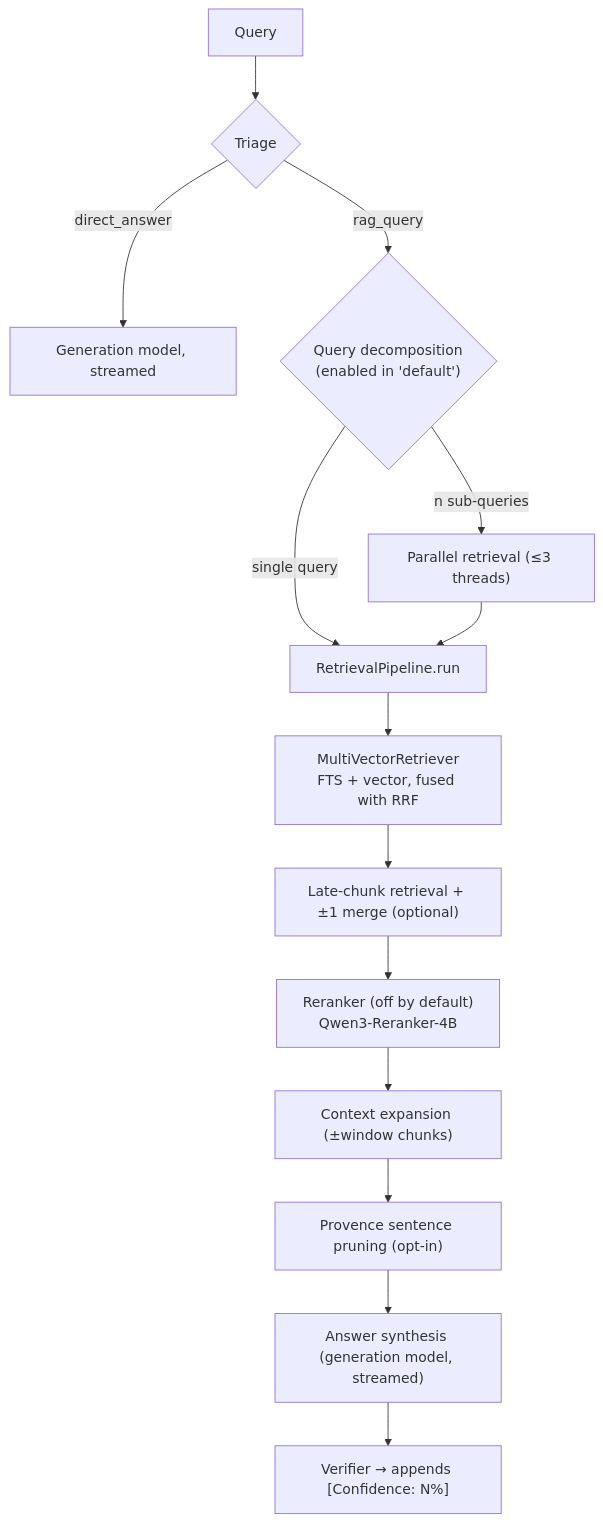
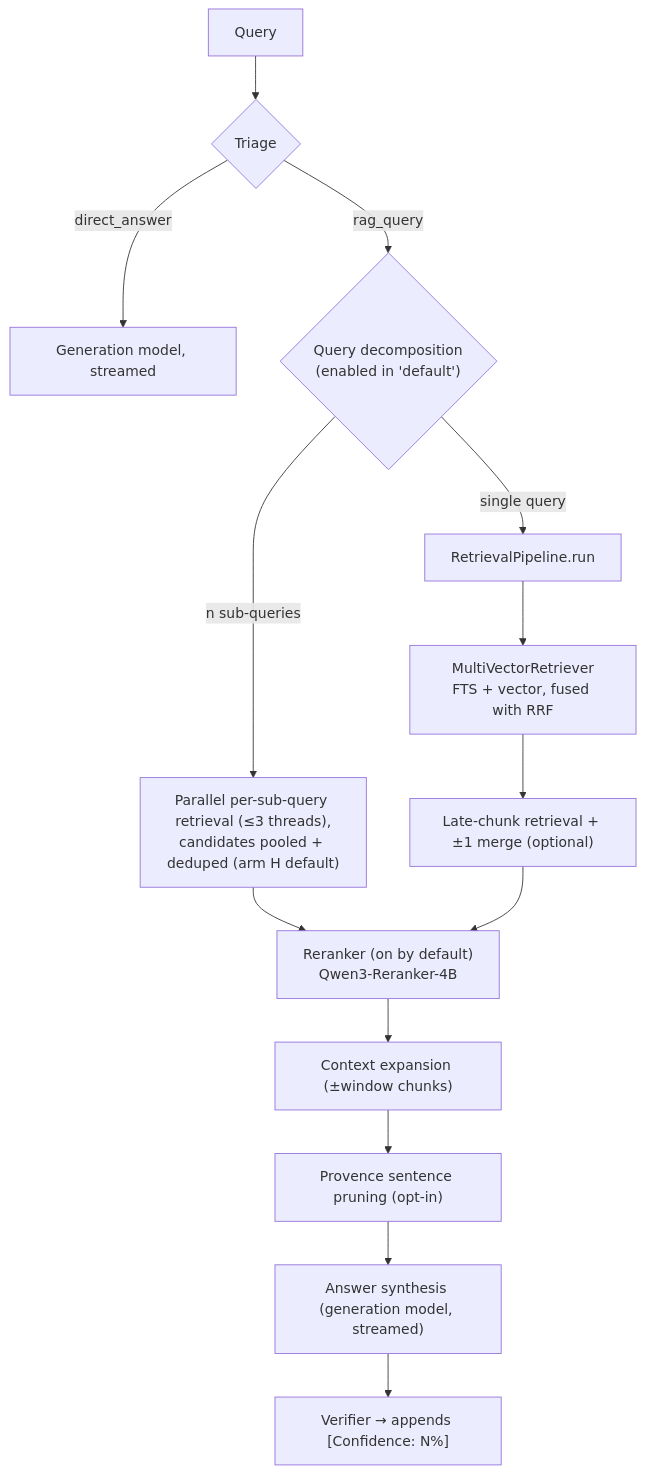
Before and after one commit to PromtEngineer/localGPT: the fifth of 5 diagrams in Documentation/architecture_overview.md, drawn with Mermaid. The commit also changed other lines of this file and 24 other files, not shown here.

````diff
--- a/Documentation/architecture_overview.md
+++ b/Documentation/architecture_overview.md
@@ -124,16 +124,16 @@
 ```mermaid
 flowchart TD
     Q["Query"] --> T{"Triage"}
     T -->|direct_answer| DA["Generation model, streamed"]
     T -->|rag_query| DEC{"Query decomposition<br/>(enabled in 'default')"}
-    DEC -->|n sub-queries| PAR["Parallel retrieval (≤3 threads)"]
+    DEC -->|n sub-queries| PAR["Parallel per-sub-query retrieval (≤3 threads),<br/>candidates pooled + deduped (arm H default)"]
     DEC -->|single query| RP["RetrievalPipeline.run"]
-    PAR --> RP
+    PAR --> RR
     RP --> RET["MultiVectorRetriever<br/>FTS + vector, fused with RRF"]
     RET --> LCM["Late-chunk retrieval + ±1 merge (optional)"]
-    LCM --> RR["Reranker (off by default)<br/>Qwen3-Reranker-4B"]
+    LCM --> RR["Reranker (on by default)<br/>Qwen3-Reranker-4B"]
     RR --> CE["Context expansion (±window chunks)"]
     CE --> PR["Provence sentence pruning (opt-in)"]
     PR --> SY["Answer synthesis (generation model, streamed)"]
     SY --> VF["Verifier → appends [Confidence: N%]"]
 ```
````
